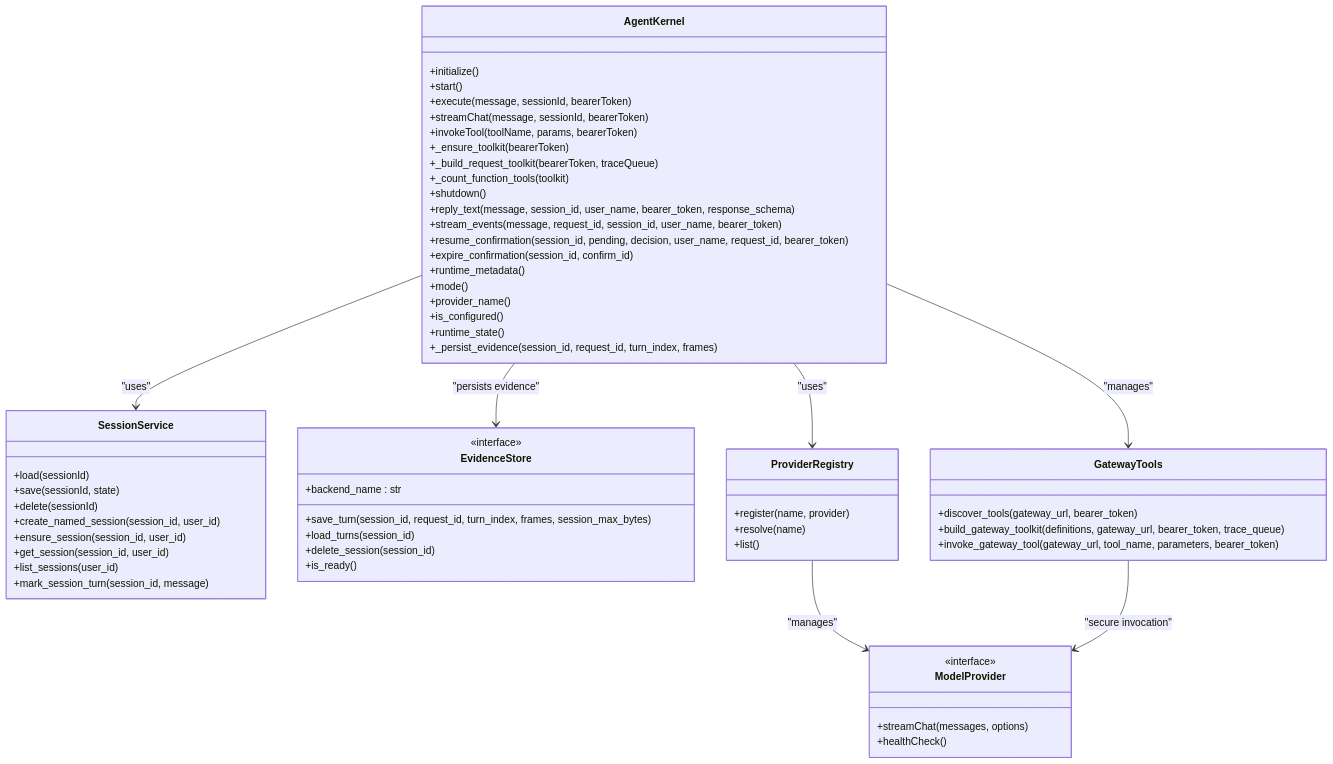
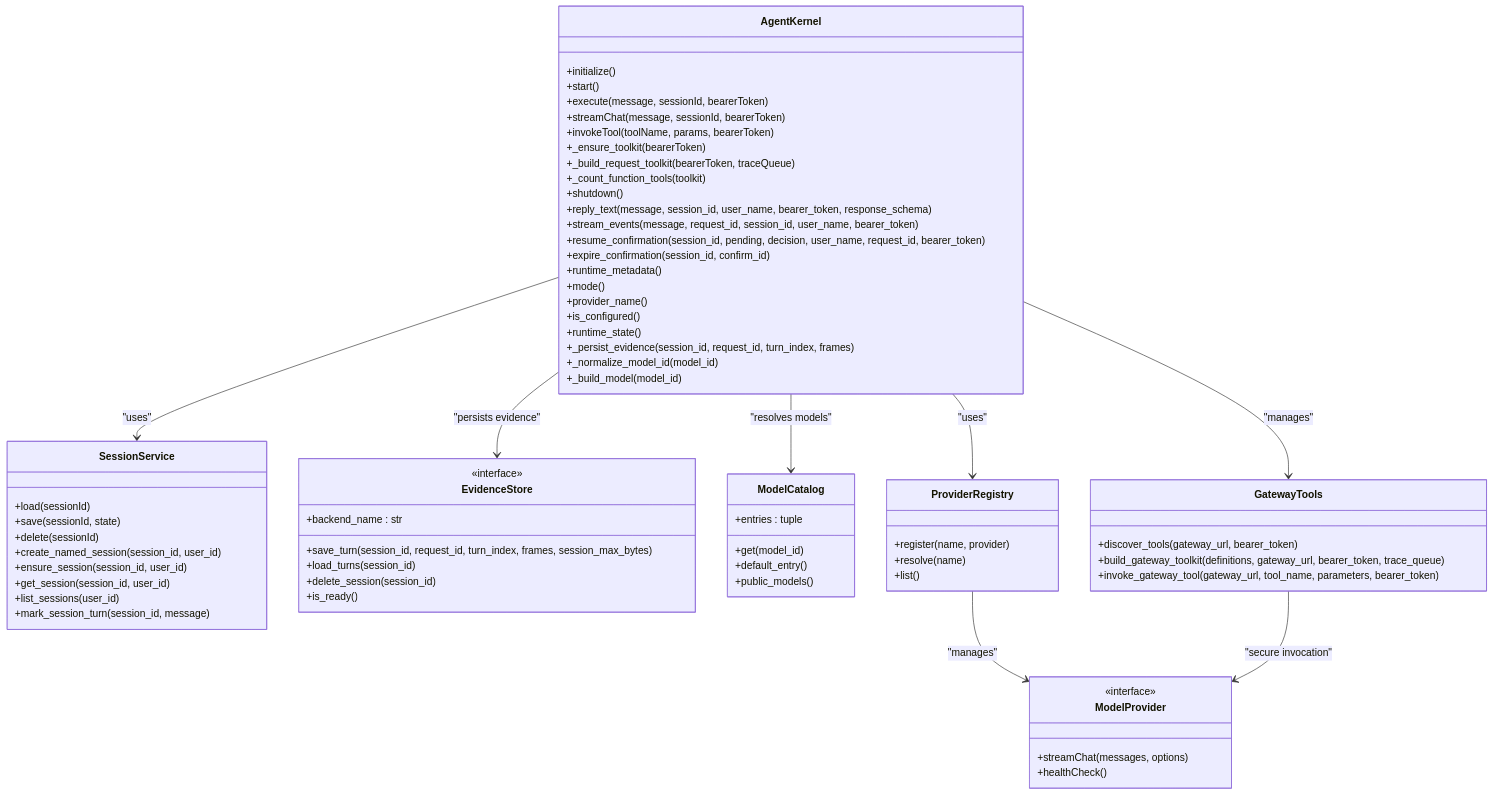
One commit to metasync/luban-aiops changed the third of 23 diagrams in .qoder/repowiki/en/content/Agent Platform Service/Agent Platform Service.md. Above: the diagram before and after it, drawn with Mermaid. The commit also changed other lines of this file and 18 other files, not shown here.

````diff
--- a/.qoder/repowiki/en/content/Agent Platform Service/Agent Platform Service.md
+++ b/.qoder/repowiki/en/content/Agent Platform Service/Agent Platform Service.md
@@ -309,63 +321,72 @@
 ```mermaid
 classDiagram
 class AgentKernel {
 +initialize()
 +start()
 +execute(message, sessionId, bearerToken)
 +streamChat(message, sessionId, bearerToken)
 +invokeTool(toolName, params, bearerToken)
 +_ensure_toolkit(bearerToken)
 +_build_request_toolkit(bearerToken, traceQueue)
 +_count_function_tools(toolkit)
 +shutdown()
 +reply_text(message, session_id, user_name, bearer_token, response_schema)
 +stream_events(message, request_id, session_id, user_name, bearer_token)
 +resume_confirmation(session_id, pending, decision, user_name, request_id, bearer_token)
 +expire_confirmation(session_id, confirm_id)
 +runtime_metadata()
 +mode()
 +provider_name()
 +is_configured()
 +runtime_state()
 +_persist_evidence(session_id, request_id, turn_index, frames)
++_normalize_model_id(model_id)
++_build_model(model_id)
 }
 class SessionService {
 +load(sessionId)
 +save(sessionId, state)
 +delete(sessionId)
 +create_named_session(session_id, user_id)
 +ensure_session(session_id, user_id)
 +get_session(session_id, user_id)
 +list_sessions(user_id)
 +mark_session_turn(session_id, message)
 }
 class EvidenceStore {
 <<interface>>
 +backend_name : str
 +save_turn(session_id, request_id, turn_index, frames, session_max_bytes)
 +load_turns(session_id)
 +delete_session(session_id)
 +is_ready()
 }
+class ModelCatalog {
++entries : tuple
++get(model_id)
++default_entry()
++public_models()
+}
 class ProviderRegistry {
 +register(name, provider)
 +resolve(name)
 +list()
 }
 class ModelProvider {
 <<interface>>
 +streamChat(messages, options)
 +healthCheck()
 }
 class GatewayTools {
 +discover_tools(gateway_url, bearer_token)
 +build_gateway_toolkit(definitions, gateway_url, bearer_token, trace_queue)
 +invoke_gateway_tool(gateway_url, tool_name, parameters, bearer_token)
 }
 AgentKernel --> SessionService : "uses"
 AgentKernel --> EvidenceStore : "persists evidence"
+AgentKernel --> ModelCatalog : "resolves models"
 AgentKernel --> ProviderRegistry : "uses"
 AgentKernel --> GatewayTools : "manages"
 ProviderRegistry --> ModelProvider : "manages"
 GatewayTools --> ModelProvider : "secure invocation"
 ```
````
